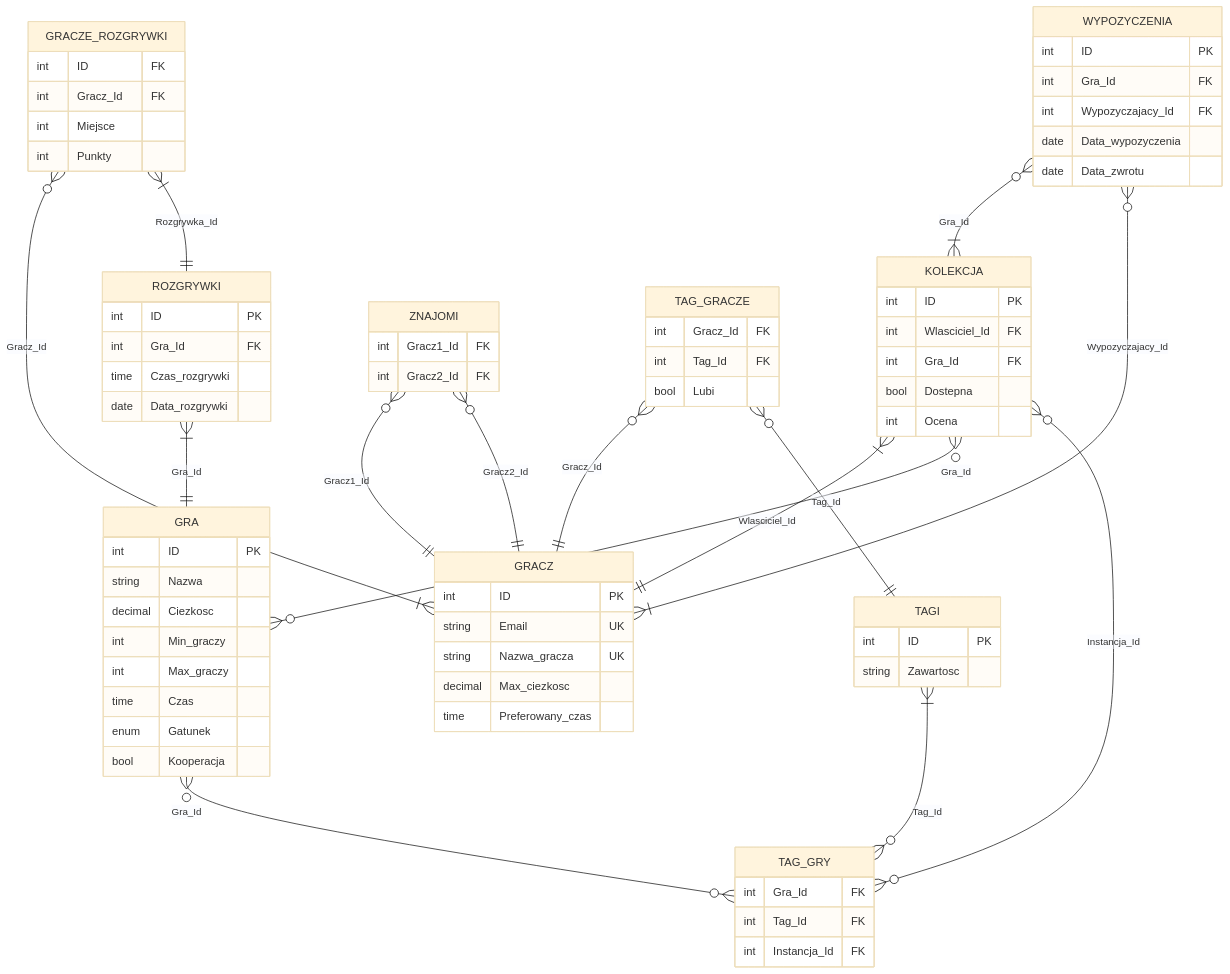
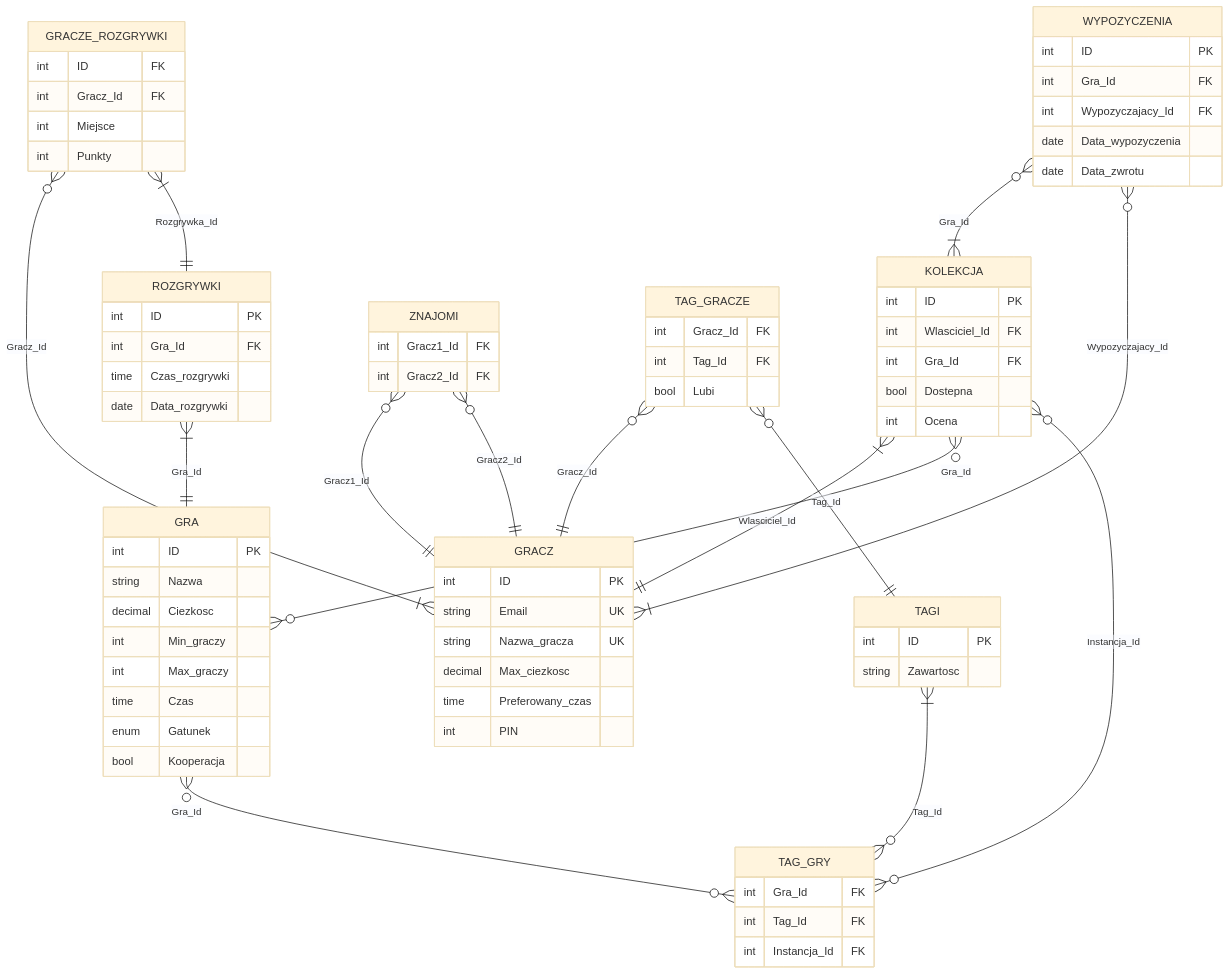
The first of 2 diagrams in BD/scheme.md (Sammaeliusz/PC-Repo), drawn with Mermaid (base theme) before and after one commit.

````diff
--- a/BD/scheme.md
+++ b/BD/scheme.md
@@ -1,79 +1,80 @@
 ``` mermaid
 erDiagram
 GRA{
     int ID PK
     string Nazwa
     decimal Ciezkosc
     int Min_graczy
     int Max_graczy
     time Czas
     enum Gatunek
     bool Kooperacja
 }
 KOLEKCJA{
     int ID PK
     int Wlasciciel_Id FK
     int Gra_Id FK
     bool Dostepna
     int Ocena
 }
 TAG_GRY{
     int Gra_Id FK
     int Tag_Id FK
     int Instancja_Id FK
 }
 GRACZ{
     int ID PK
     string Email UK
     string Nazwa_gracza UK
     decimal Max_ciezkosc
     time Preferowany_czas
+    int PIN
 }
 ROZGRYWKI{
     int ID PK
     int Gra_Id FK
     time Czas_rozgrywki
     date Data_rozgrywki
 }
 GRACZE_ROZGRYWKI{
     int ID FK
     int Gracz_Id FK
     int Miejsce
     int Punkty
 }
 WYPOZYCZENIA{
     int ID PK
     int Gra_Id FK
     int Wypozyczajacy_Id FK
     date Data_wypozyczenia
     date Data_zwrotu
 
 }
 TAGI{
     int ID PK
     string Zawartosc
 }
 ZNAJOMI{
     int Gracz1_Id FK
     int Gracz2_Id FK
 }
 TAG_GRACZE{
     int Gracz_Id FK
     int Tag_Id FK
     bool Lubi
 }
 KOLEKCJA }|--|| GRACZ: Wlasciciel_Id
 KOLEKCJA }o--o{ GRA: Gra_Id
 ROZGRYWKI }|--|| GRA: Gra_Id
 GRACZE_ROZGRYWKI }o--|{ GRACZ: Gracz_Id
 GRACZE_ROZGRYWKI }|--|| ROZGRYWKI: Rozgrywka_Id
 WYPOZYCZENIA }o--|{ KOLEKCJA: Gra_Id
 WYPOZYCZENIA }o--|{ GRACZ: Wypozyczajacy_Id
 TAGI }|--o{ TAG_GRY: Tag_Id
 GRA }o--o{ TAG_GRY: Gra_Id
 KOLEKCJA }o--o{ TAG_GRY: Instancja_Id
 ZNAJOMI }o--|| GRACZ: Gracz1_Id
 ZNAJOMI }o--|| GRACZ: Gracz2_Id
 TAG_GRACZE }o--|| GRACZ: Gracz_Id
 TAG_GRACZE }o--|| TAGI: Tag_Id
 ```
````
